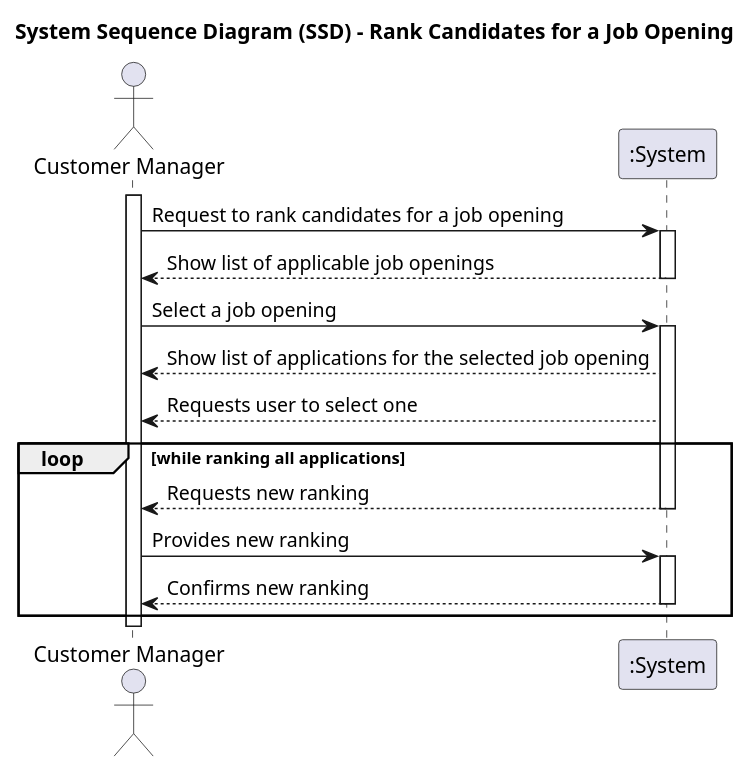
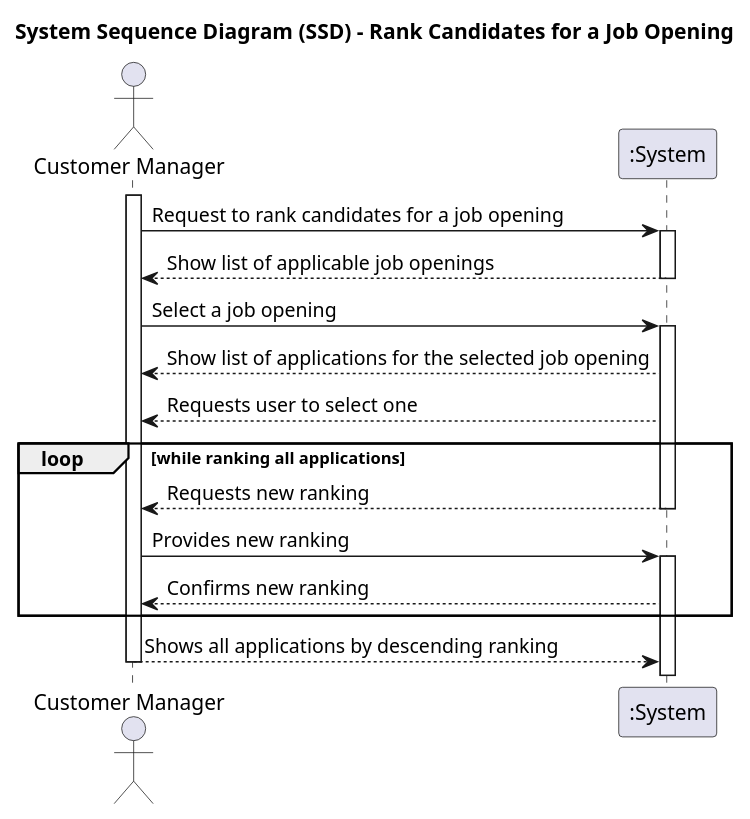
Before and after one commit to marcoferreira37/Lapr4: the diagram in docs/sprintC/1013/puml/1013-system-sequence-diagram.puml, drawn with PlantUML. The commit also changed 7 other files, not shown here.

```diff
--- a/docs/sprintC/1013/puml/1013-system-sequence-diagram.puml
+++ b/docs/sprintC/1013/puml/1013-system-sequence-diagram.puml
@@ -1,38 +1,40 @@
 @startuml
 'skinparam monochrome true
 'skinparam packageStyle rectangle
 'skinparam shadowing false
 
 title System Sequence Diagram (SSD) - Rank Candidates for a Job Opening
 
 actor "Customer Manager" as Agent
 participant ":System" as System
 
 activate Agent
 
 Agent -> System : Request to rank candidates for a job opening
 activate System
 System --> Agent: Show list of applicable job openings
 deactivate
 
 Agent -> System : Select a job opening
 activate System
 System --> Agent : Show list of applications for the selected job opening
 System --> Agent : Requests user to select one
 
 
 
 loop while ranking all applications
 
 System --> Agent : Requests new ranking
 deactivate
 Agent -> System : Provides new ranking
 activate System
 System --> Agent  : Confirms new ranking
-deactivate System
 
 end loop
+
+Agent --> System : Shows all applications by descending ranking
+
 
 deactivate Agent
 
 @enduml
```
